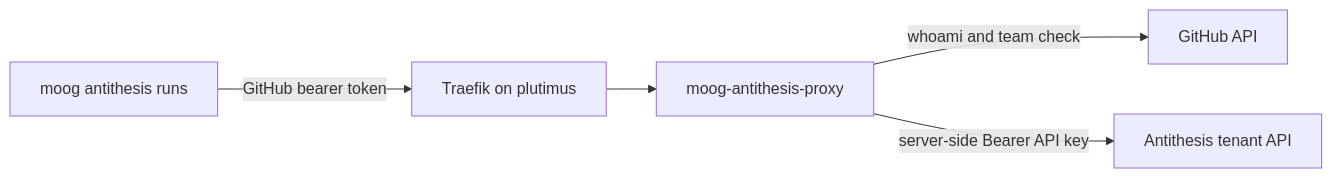
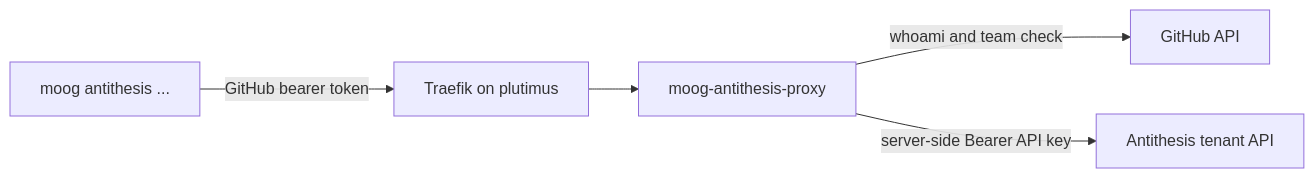
The diagram in docs/antithesis-proxy.md (cardano-foundation/moog), drawn with Mermaid before and after one commit. The commit also changed other lines of this file, not shown here.

First line of the commit message:
docs(proxy): document the new endpoints, CLI subcommands and architecture

````diff
--- a/docs/antithesis-proxy.md
+++ b/docs/antithesis-proxy.md
@@ -7,7 +8,7 @@
 ```mermaid
 flowchart LR
-  CLI[moog antithesis runs] -->|GitHub bearer token| Traefik[Traefik on plutimus]
+  CLI[moog antithesis ...] -->|GitHub bearer token| Traefik[Traefik on plutimus]
   Traefik --> Proxy[moog-antithesis-proxy]
   Proxy -->|whoami and team check| GitHub[GitHub API]
   Proxy -->|server-side Bearer API key| Antithesis[Antithesis tenant API]
 ```
````
